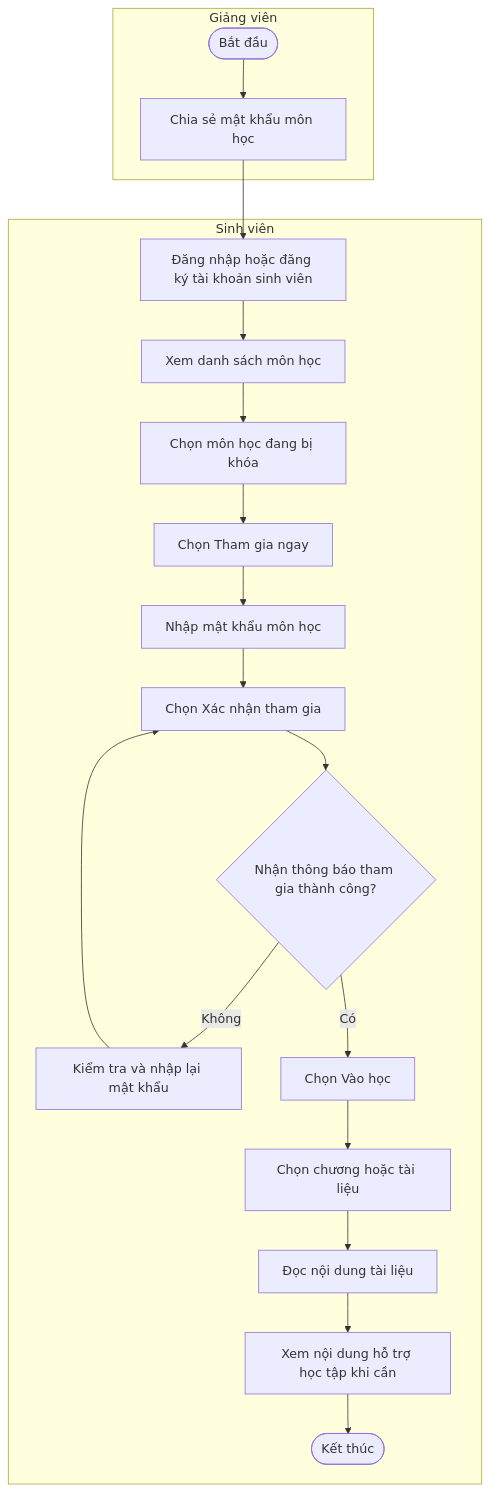
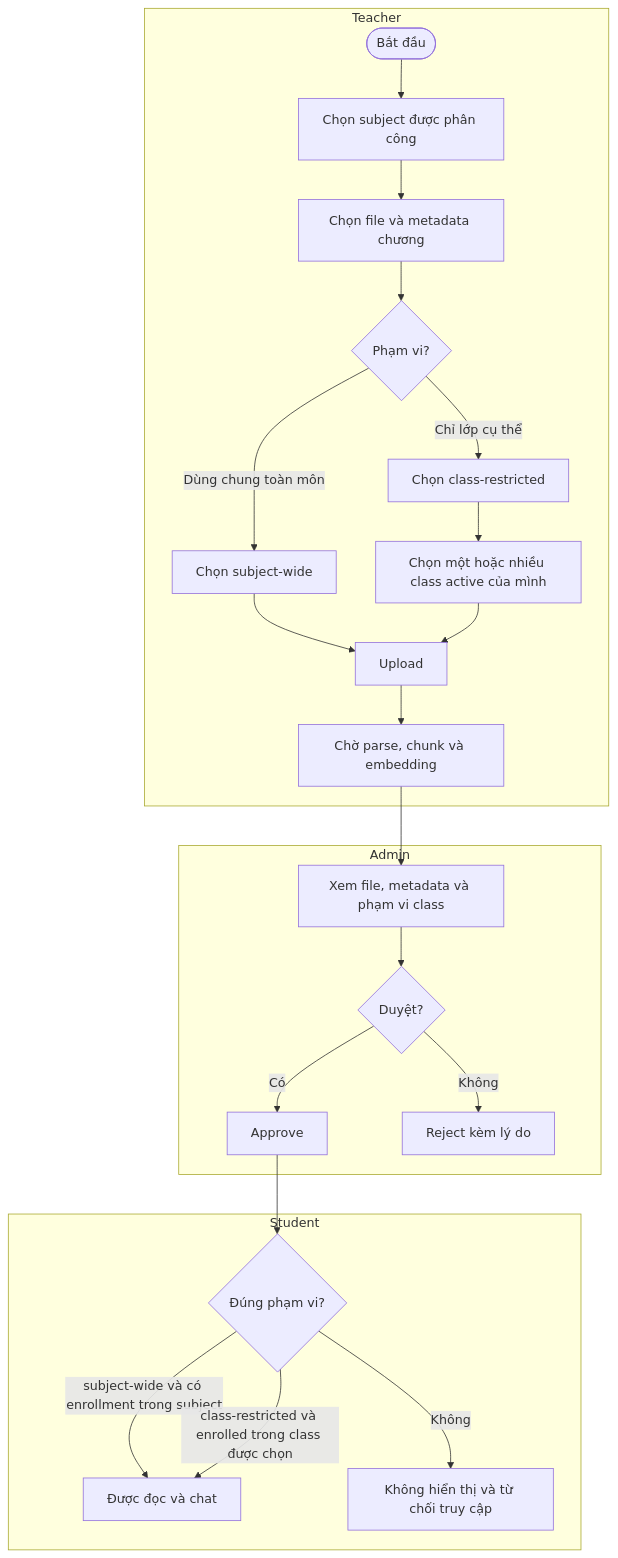
The second of 3 diagrams in swimlane-workflows.md (Quanhpm/SWD392-chatbot), drawn with Mermaid before and after one commit. The commit also changed other lines of this file and 63 other files, not shown here.

````diff
--- a/swimlane-workflows.md
+++ b/swimlane-workflows.md
@@ -36,23 +22,26 @@
 ```mermaid
 flowchart TB
-    subgraph Teacher["Giảng viên"]
-        A([Bắt đầu]) --> B[Chia sẻ mật khẩu môn học]
+    subgraph Teacher["Teacher"]
+        A([Bắt đầu]) --> B[Chọn subject được phân công]
+        B --> C[Chọn file và metadata chương]
+        C --> D{Phạm vi?}
+        D -- Dùng chung toàn môn --> E[Chọn subject-wide]
+        D -- Chỉ lớp cụ thể --> F[Chọn class-restricted]
+        F --> G[Chọn một hoặc nhiều class active của mình]
+        E --> H[Upload]
+        G --> H
+        H --> I[Chờ parse, chunk và embedding]
     end
-
-    subgraph Student["Sinh viên"]
-        B --> C[Đăng nhập hoặc đăng ký tài khoản sinh viên]
-        C --> D[Xem danh sách môn học]
-        D --> E[Chọn môn học đang bị khóa]
-        E --> F[Chọn Tham gia ngay]
-        F --> G[Nhập mật khẩu môn học]
-        G --> H[Chọn Xác nhận tham gia]
-        H --> I{Nhận thông báo tham gia thành công?}
-        I -- Không --> J[Kiểm tra và nhập lại mật khẩu]
-        J --> H
-        I -- Có --> K[Chọn Vào học]
-        K --> L[Chọn chương hoặc tài liệu]
-        L --> M[Đọc nội dung tài liệu]
-        M --> N[Xem nội dung hỗ trợ học tập khi cần]
-        N --> O([Kết thúc])
+    subgraph Admin["Admin"]
+        I --> J[Xem file, metadata và phạm vi class]
+        J --> K{Duyệt?}
+        K -- Có --> L[Approve]
+        K -- Không --> M[Reject kèm lý do]
+    end
+    subgraph Student["Student"]
+        L --> N{Đúng phạm vi?}
+        N -- subject-wide và có enrollment trong subject --> O[Được đọc và chat]
+        N -- class-restricted và enrolled trong class được chọn --> O
+        N -- Không --> P[Không hiển thị và từ chối truy cập]
     end
 ```
````
